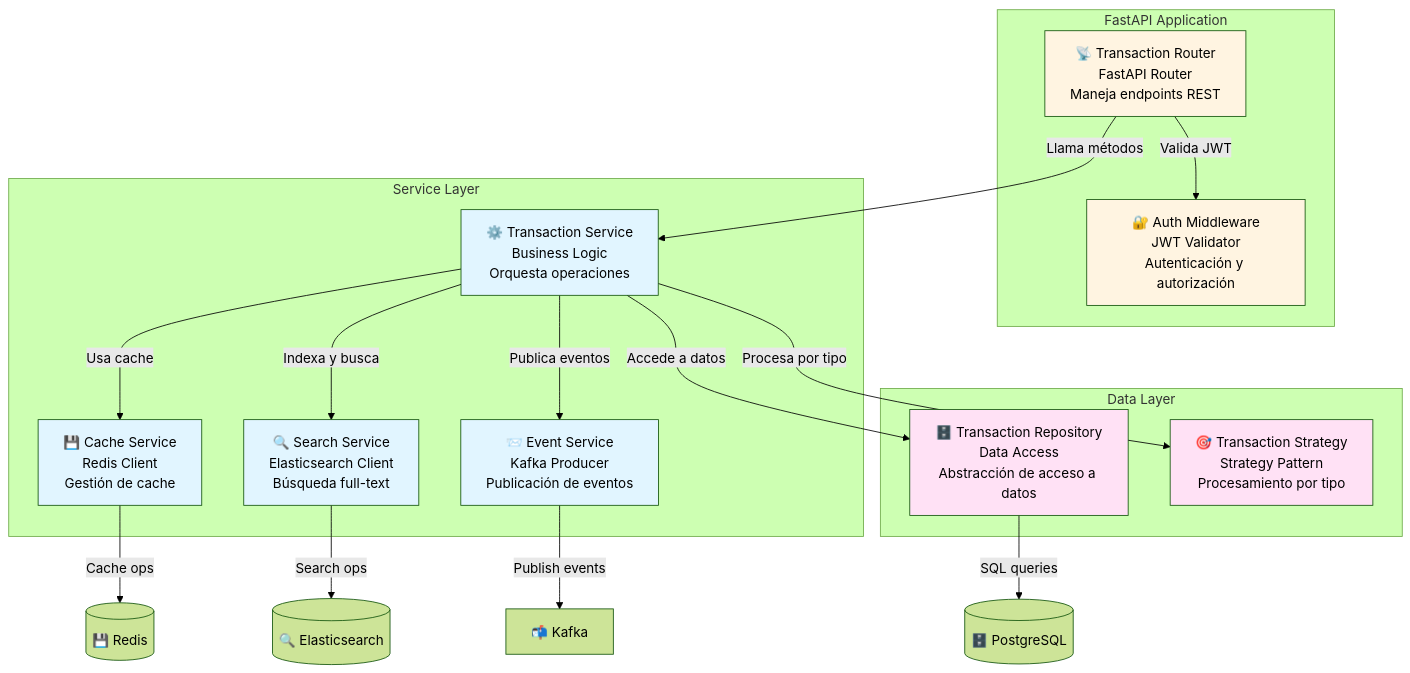
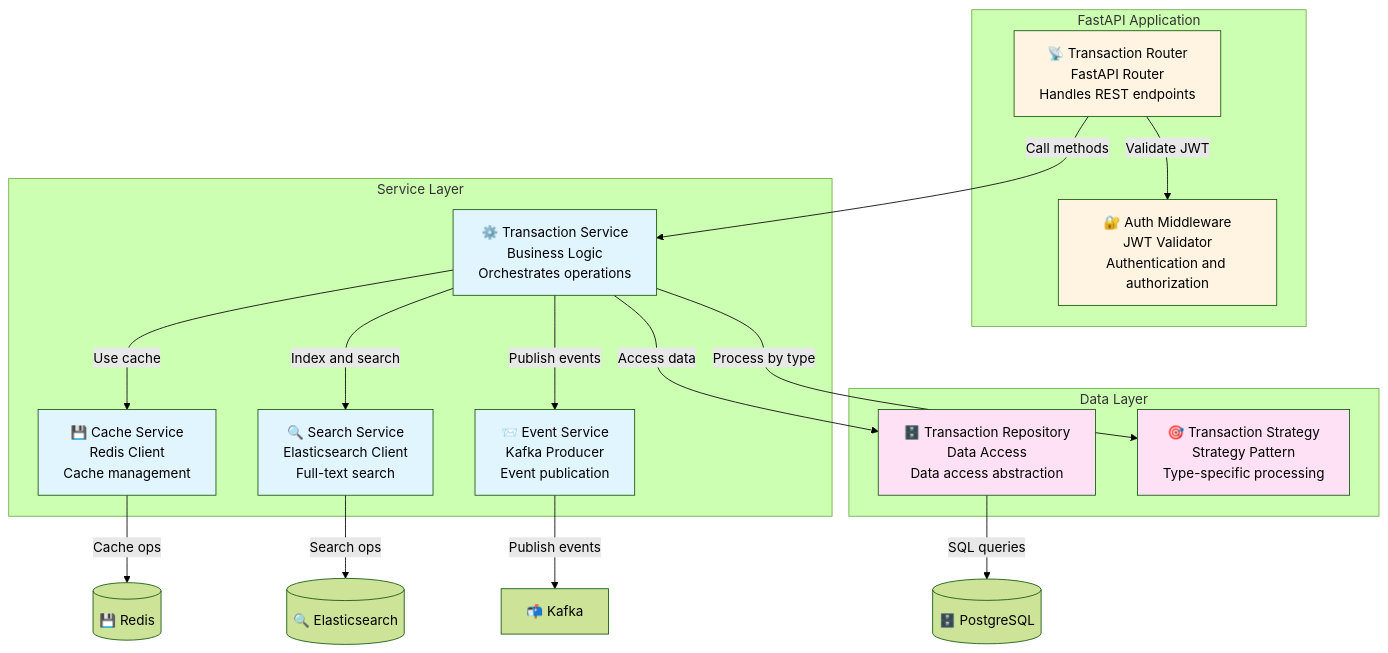
One commit to echevemaster/astropay_challenge changed the eighth of 8 diagrams in README.md. Above: the diagram before and after it, drawn with Mermaid (forest theme). The commit also changed other lines of this file, not shown here.

````diff
--- a/README.md
+++ b/README.md
@@ -423,45 +423,45 @@
 ```mermaid
 graph TB
     subgraph "FastAPI Application"
-        Router[📡 Transaction Router<br/>FastAPI Router<br/>Maneja endpoints REST]
-        Auth[🔐 Auth Middleware<br/>JWT Validator<br/>Autenticación y autorización]
+        Router[📡 Transaction Router<br/>FastAPI Router<br/>Handles REST endpoints]
+        Auth[🔐 Auth Middleware<br/>JWT Validator<br/>Authentication and authorization]
     end
     
     subgraph "Service Layer"
-        TS[⚙️ Transaction Service<br/>Business Logic<br/>Orquesta operaciones]
-        CacheSvc[💾 Cache Service<br/>Redis Client<br/>Gestión de cache]
-        SearchSvc[🔍 Search Service<br/>Elasticsearch Client<br/>Búsqueda full-text]
-        EventSvc[📨 Event Service<br/>Kafka Producer<br/>Publicación de eventos]
+        TS[⚙️ Transaction Service<br/>Business Logic<br/>Orchestrates operations]
+        CacheSvc[💾 Cache Service<br/>Redis Client<br/>Cache management]
+        SearchSvc[🔍 Search Service<br/>Elasticsearch Client<br/>Full-text search]
+        EventSvc[📨 Event Service<br/>Kafka Producer<br/>Event publication]
     end
     
     subgraph "Data Layer"
-        Repo[🗄️ Transaction Repository<br/>Data Access<br/>Abstracción de acceso a datos]
-        Strategy[🎯 Transaction Strategy<br/>Strategy Pattern<br/>Procesamiento por tipo]
+        Repo[🗄️ Transaction Repository<br/>Data Access<br/>Data access abstraction]
+        Strategy[🎯 Transaction Strategy<br/>Strategy Pattern<br/>Type-specific processing]
     end
     
     Postgres[(🗄️ PostgreSQL)]
     Redis[(💾 Redis)]
     Elasticsearch[(🔍 Elasticsearch)]
     Kafka[📬 Kafka]
     
-    Router -->|Valida JWT| Auth
-    Router -->|Llama métodos| TS
-    TS -->|Usa cache| CacheSvc
-    TS -->|Indexa y busca| SearchSvc
-    TS -->|Publica eventos| EventSvc
-    TS -->|Accede a datos| Repo
-    TS -->|Procesa por tipo| Strategy
+    Router -->|Validate JWT| Auth
+    Router -->|Call methods| TS
+    TS -->|Use cache| CacheSvc
+    TS -->|Index and search| SearchSvc
+    TS -->|Publish events| EventSvc
+    TS -->|Access data| Repo
+    TS -->|Process by type| Strategy
     Repo -->|SQL queries| Postgres
     CacheSvc -->|Cache ops| Redis
     SearchSvc -->|Search ops| Elasticsearch
     EventSvc -->|Publish events| Kafka
     
     style Router fill:#fff4e1
     style Auth fill:#fff4e1
     style TS fill:#e1f5ff
     style CacheSvc fill:#e1f5ff
     style SearchSvc fill:#e1f5ff
     style EventSvc fill:#e1f5ff
     style Repo fill:#ffe1f5
     style Strategy fill:#ffe1f5
 ```
````
